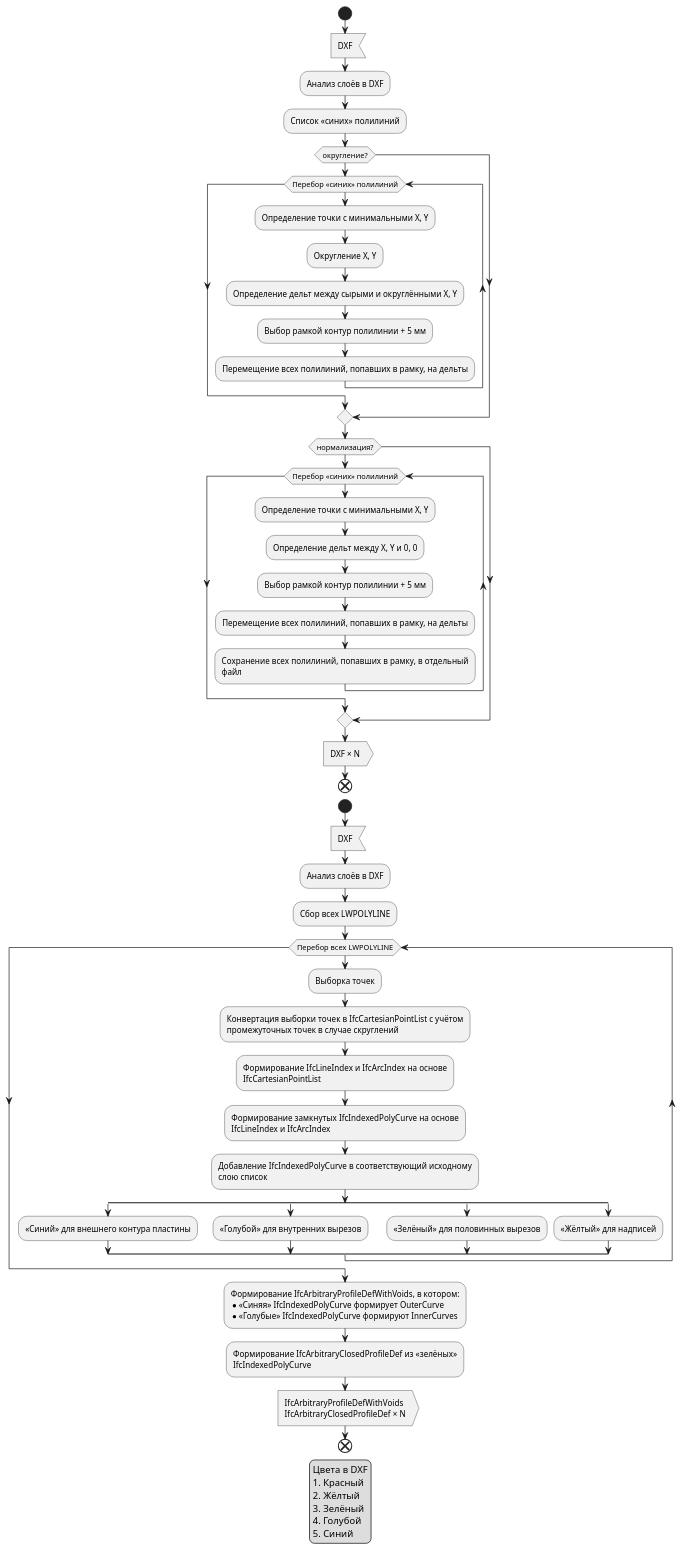
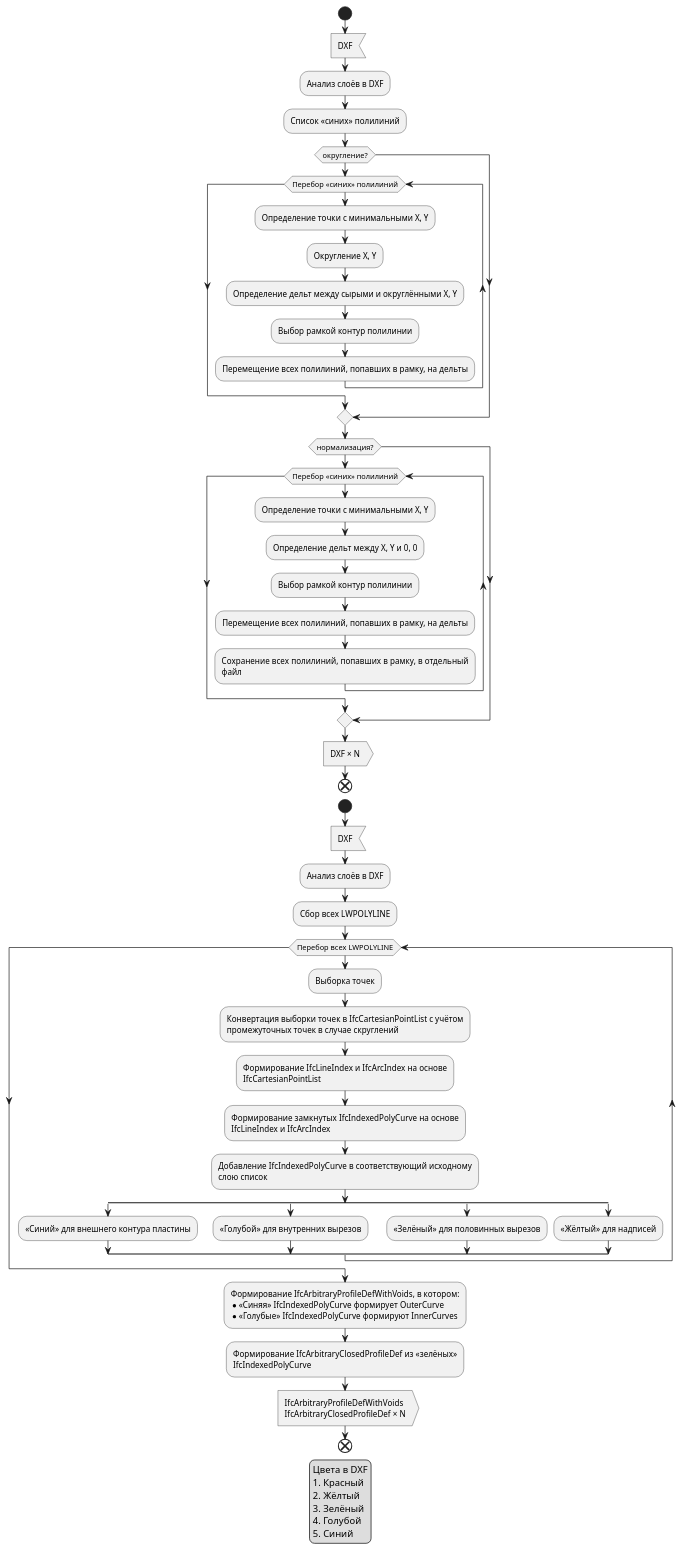
One commit to VDobranov/DXF2IFC2D changed the diagram in schemes/General.wsd. Above: the diagram before and after it, drawn with PlantUML. The commit also changed 2 other files, not shown here.

```diff
--- a/schemes/General.wsd
+++ b/schemes/General.wsd
@@ -1,75 +1,75 @@
 @startuml General
 
 <style>
 activityDiagram {
   FontName Iosevka
   MaximumWidth 400
 }
 </style>
 
 start
 :DXF<
 :Анализ слоёв в DXF;
 :Список «синих» полилиний;
 if (округление?) then
 	while (Перебор «синих» полилиний)
 		:Определение точки с минимальными X, Y;
 		:Округление X, Y;
 		:Определение дельт между сырыми и округлёнными X, Y;
-		:Выбор рамкой контур полилинии + 5 мм;
+		:Выбор рамкой контур полилинии;
 		:Перемещение всех полилиний, попавших в рамку, на дельты;
 	endwhile
 endif
 if (нормализация?) then
 	while (Перебор «синих» полилиний)
 		:Определение точки с минимальными X, Y;
 		:Определение дельт между X, Y и 0, 0;
-		:Выбор рамкой контур полилинии + 5 мм;
+		:Выбор рамкой контур полилинии;
 		:Перемещение всех полилиний, попавших в рамку, на дельты;
 		:Сохранение всех полилиний, попавших в рамку, в отдельный файл;
 	endwhile
 endif
 :DXF × N>
 end
 
 start
 :DXF<
 :Анализ слоёв в DXF;
 :Сбор всех LWPOLYLINE;
 ' :LWPOLYLINE для формирования тела пластины;
 ' :Список LWPOLYLINE для сквозного вырезания пластины;
 ' :Список LWPOLYLINE для половинного вырезания пластины;
 while (Перебор всех LWPOLYLINE)
 	:Выборка точек;
 	:Конвертация выборки точек в IfcCartesianPointList с учётом промежуточных точек в случае скруглений;
 	:Формирование IfcLineIndex и IfcArcIndex на основе IfcCartesianPointList;
 	:Формирование замкнутых IfcIndexedPolyCurve на основе IfcLineIndex и IfcArcIndex;
 	:Добавление IfcIndexedPolyCurve в соответствующий исходному слою список;
 	split
 		:«Синий» для внешнего контура пластины;
 	split again
 		:«Голубой» для внутренних вырезов;
 	split again
 		:«Зелёный» для половинных вырезов;
 	split again
 		:«Жёлтый» для надписей;
 	end split
 endwhile
 :Формирование IfcArbitraryProfileDefWithVoids, в котором:
 * «Синяя» IfcIndexedPolyCurve формирует OuterCurve
 * «Голубые» IfcIndexedPolyCurve формируют InnerCurves;
 :Формирование IfcArbitraryClosedProfileDef из «зелёных» IfcIndexedPolyCurve;
 :IfcArbitraryProfileDefWithVoids
 IfcArbitraryClosedProfileDef × N>
 end
 
 legend
 Цвета в DXF
 1. Красный
 2. Жёлтый
 3. Зелёный
 4. Голубой
 5. Синий
 end legend
 
 @enduml
```
